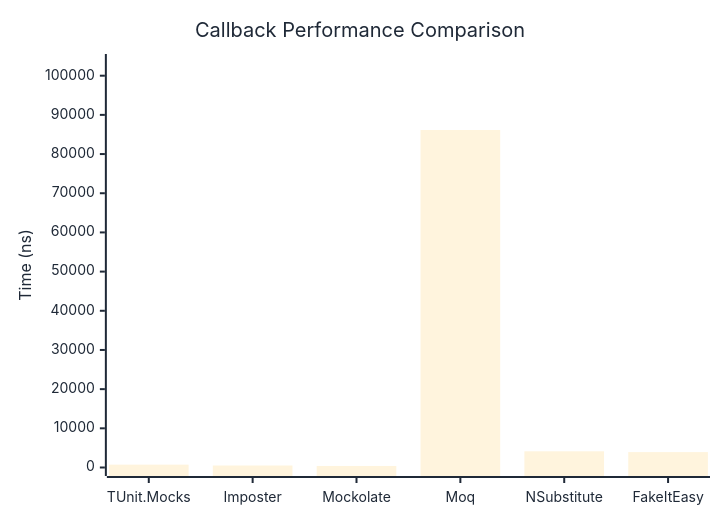
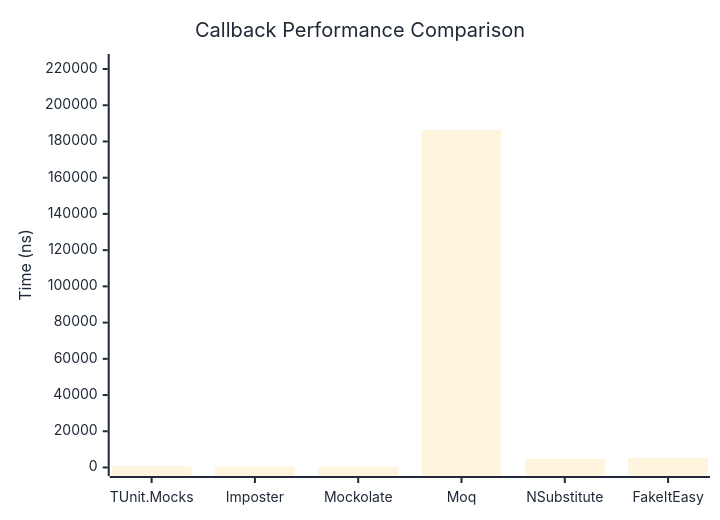
One commit to thomhurst/TUnit changed the first of 2 diagrams in docs/docs/benchmarks/mocks/Callback.md. Above: the diagram before and after it, drawn with Mermaid. The commit also changed other lines of this file and 14 other files, not shown here.

````diff
--- a/docs/docs/benchmarks/mocks/Callback.md
+++ b/docs/docs/benchmarks/mocks/Callback.md
@@ -30,27 +30,27 @@
 ```mermaid
 %%{init: {
   'theme':'base',
   'themeVariables': {
     'primaryColor': '#2563eb',
     'primaryTextColor': '#1f2937',
     'primaryBorderColor': '#1e40af',
     'lineColor': '#6b7280',
     'secondaryColor': '#7c3aed',
     'tertiaryColor': '#dc2626',
     'background': '#ffffff',
     'pie1': '#2563eb',
     'pie2': '#7c3aed',
     'pie3': '#dc2626',
     'pie4': '#f59e0b',
     'pie5': '#10b981',
     'pie6': '#06b6d4',
     'pie7': '#ec4899',
     'pie8': '#6366f1'
   }
 }}%%
 xychart-beta
   title "Callback Performance Comparison"
   x-axis ["TUnit.Mocks", "Imposter", "Mockolate", "Moq", "NSubstitute", "FakeItEasy"]
-  y-axis "Time (ns)" 0 --> 103368
-  bar [725.6, 509.3, 392.1, 86139.5, 4132.7, 3928.5]
+  y-axis "Time (ns)" 0 --> 223601
+  bar [760.4, 482.9, 366.5, 186333.5, 4731.2, 5382.5]
 ```
````
